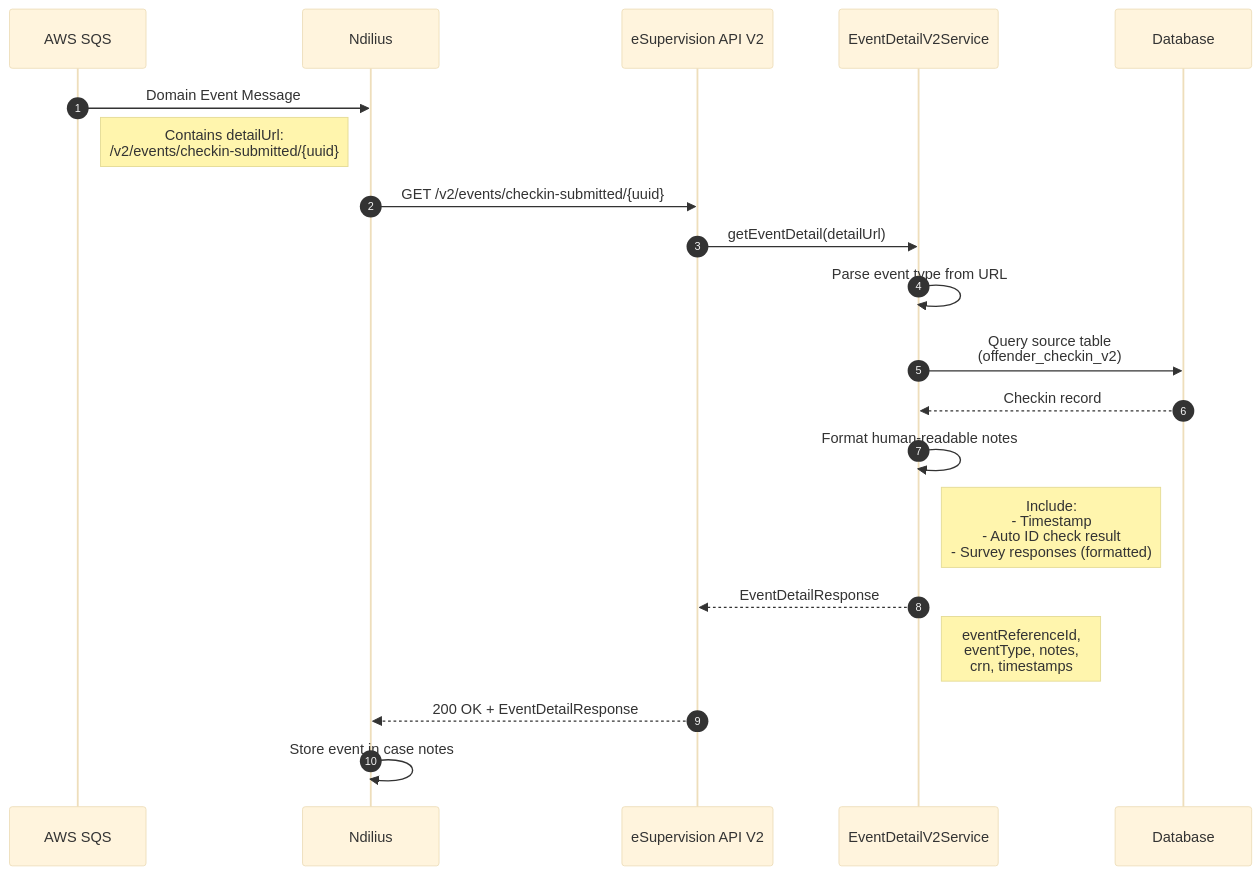
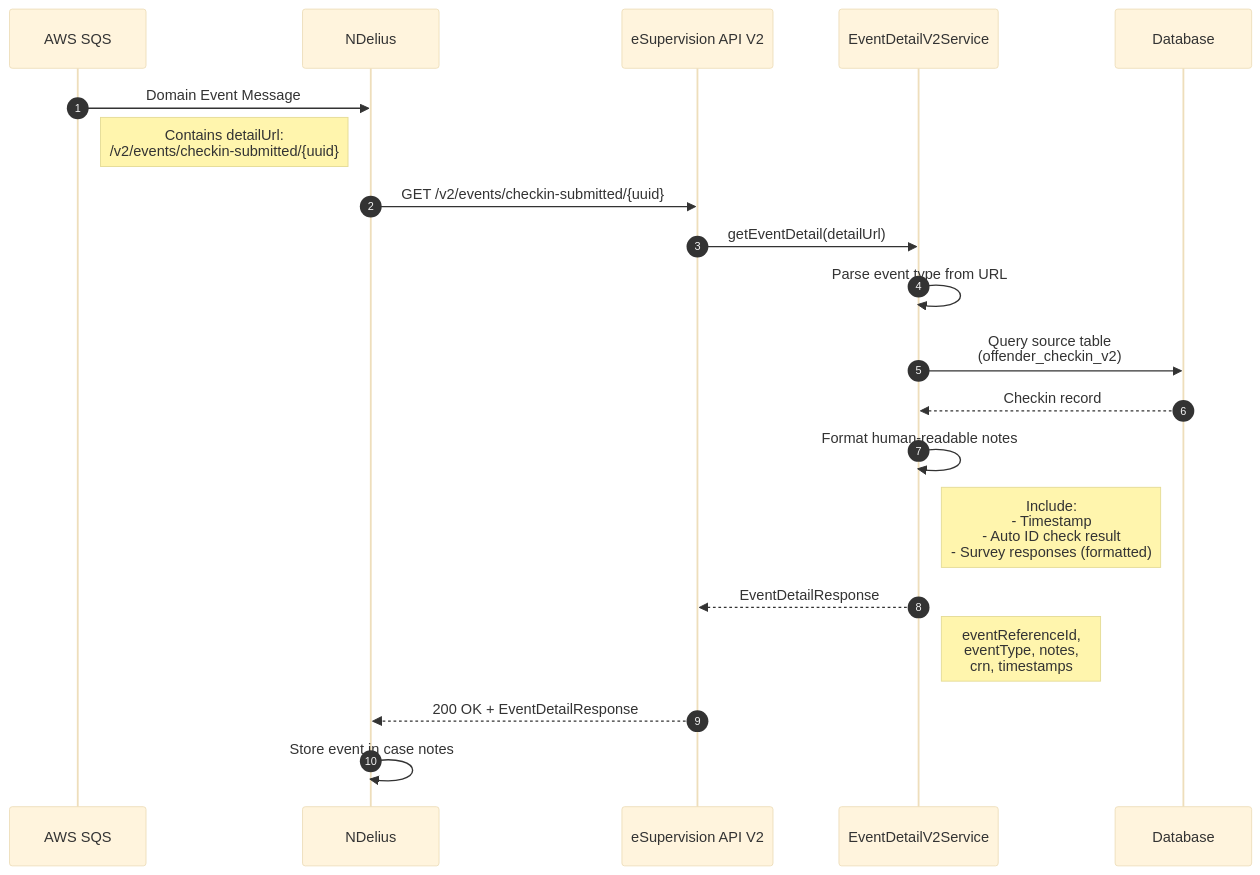
One commit to ministryofjustice/hmpps-esupervision-api changed the second of 3 diagrams in docs/v2/DOMAIN_EVENTS.md. Above: the diagram before and after it, drawn with Mermaid (base theme). The commit also changed other lines of this file and 8 other files, not shown here.

Commit message:
Update ndilius to NDelius in docs

````diff
--- a/docs/v2/DOMAIN_EVENTS.md
+++ b/docs/v2/DOMAIN_EVENTS.md
@@ -77,30 +77,30 @@
 ```mermaid
 sequenceDiagram
     autonumber
     participant SQS as AWS SQS
-    participant Ndilius as Ndilius
+    participant NDelius as NDelius
     participant API as eSupervision API V2
     participant EDS as EventDetailV2Service
     participant DB as Database
 
-    SQS->>Ndilius: Domain Event Message
+    SQS->>NDelius: Domain Event Message
     Note right of SQS: Contains detailUrl:<br/>/v2/events/checkin-submitted/{uuid}
 
-    Ndilius->>API: GET /v2/events/checkin-submitted/{uuid}
+    NDelius->>API: GET /v2/events/checkin-submitted/{uuid}
 
     API->>EDS: getEventDetail(detailUrl)
 
     EDS->>EDS: Parse event type from URL
     EDS->>DB: Query source table<br/>(offender_checkin_v2)
     DB-->>EDS: Checkin record
 
     EDS->>EDS: Format human-readable notes
     Note right of EDS: Include:<br/>- Timestamp<br/>- Auto ID check result<br/>- Survey responses (formatted)
 
     EDS-->>API: EventDetailResponse
     Note right of EDS: eventReferenceId,<br/>eventType, notes,<br/>crn, timestamps
 
-    API-->>Ndilius: 200 OK + EventDetailResponse
+    API-->>NDelius: 200 OK + EventDetailResponse
 
-    Ndilius->>Ndilius: Store event in case notes
+    NDelius->>NDelius: Store event in case notes
 ```
````
